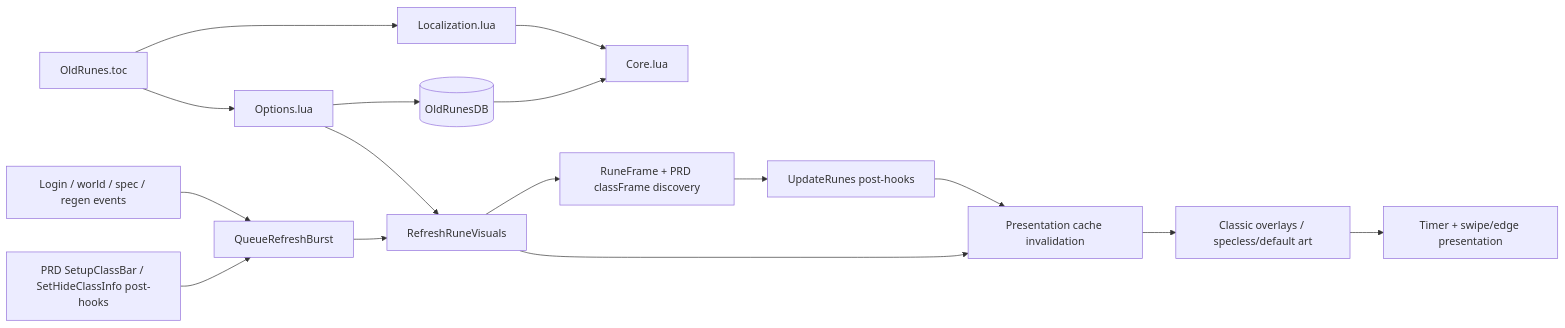
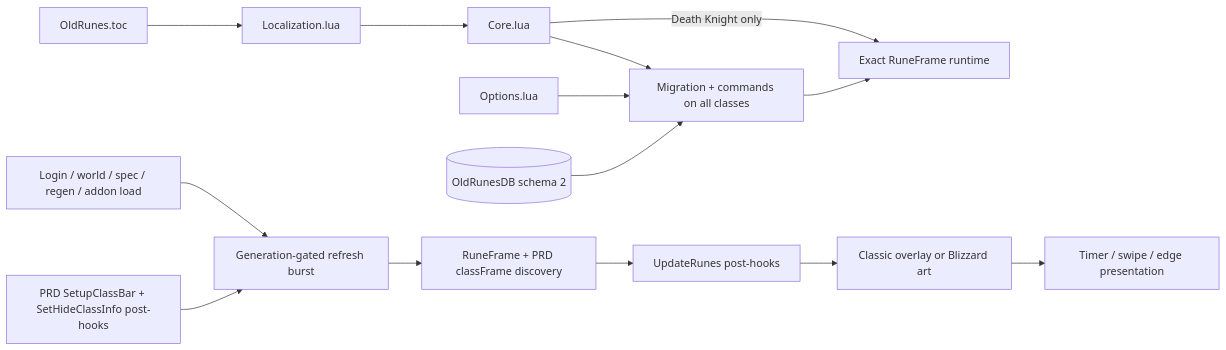
The diagram in CODE_GRAPH.md (UnknownAlienHuman/old-runes), drawn with Mermaid before and after one commit. The commit also changed 10 other files, not shown here.

Commit message:
Bootstrap Old Runes 2.2.0 modernization

````diff
--- a/CODE_GRAPH.md
+++ b/CODE_GRAPH.md
@@ -3,21 +3,18 @@
 ```mermaid
 flowchart LR
-  TOC["OldRunes.toc"] --> Locale["Localization.lua"]
-  Locale --> Core["Core.lua"]
-  TOC --> Options["Options.lua"]
+  TOC[OldRunes.toc] --> Locale[Localization.lua]
+  Locale --> Core[Core.lua]
+  Core --> Shared[Migration + commands on all classes]
+  Core -->|Death Knight only| Runtime[Exact RuneFrame runtime]
+  Options[Options.lua] --> Shared
 
-  Events["Login / world / spec / regen events"] --> Queue["QueueRefreshBurst"]
-  PRD["PRD SetupClassBar / SetHideClassInfo post-hooks"] --> Queue
-  Queue --> Refresh["RefreshRuneVisuals"]
+  Events[Login / world / spec / regen / addon load] --> Burst[Generation-gated refresh burst]
+  PRD[PRD SetupClassBar + SetHideClassInfo post-hooks] --> Burst
+  Burst --> Discover[RuneFrame + PRD classFrame discovery]
+  Discover --> Hooks[UpdateRunes post-hooks]
+  Hooks --> Render[Classic overlay or Blizzard art]
+  Render --> Cooldown[Timer / swipe / edge presentation]
 
-  Refresh --> Discover["RuneFrame + PRD classFrame discovery"]
-  Discover --> Hooks["UpdateRunes post-hooks"]
-  Refresh --> Invalidate["Presentation cache invalidation"]
-  Hooks --> Invalidate
-  Invalidate --> Render["Classic overlays / specless/default art"]
-  Render --> Cooldowns["Timer + swipe/edge presentation"]
-
-  DB[("OldRunesDB")] --> Core
-  Options --> DB
-  Options --> Refresh
+  DB[(OldRunesDB schema 2)] --> Shared
+  Shared --> Runtime
 ```
````
